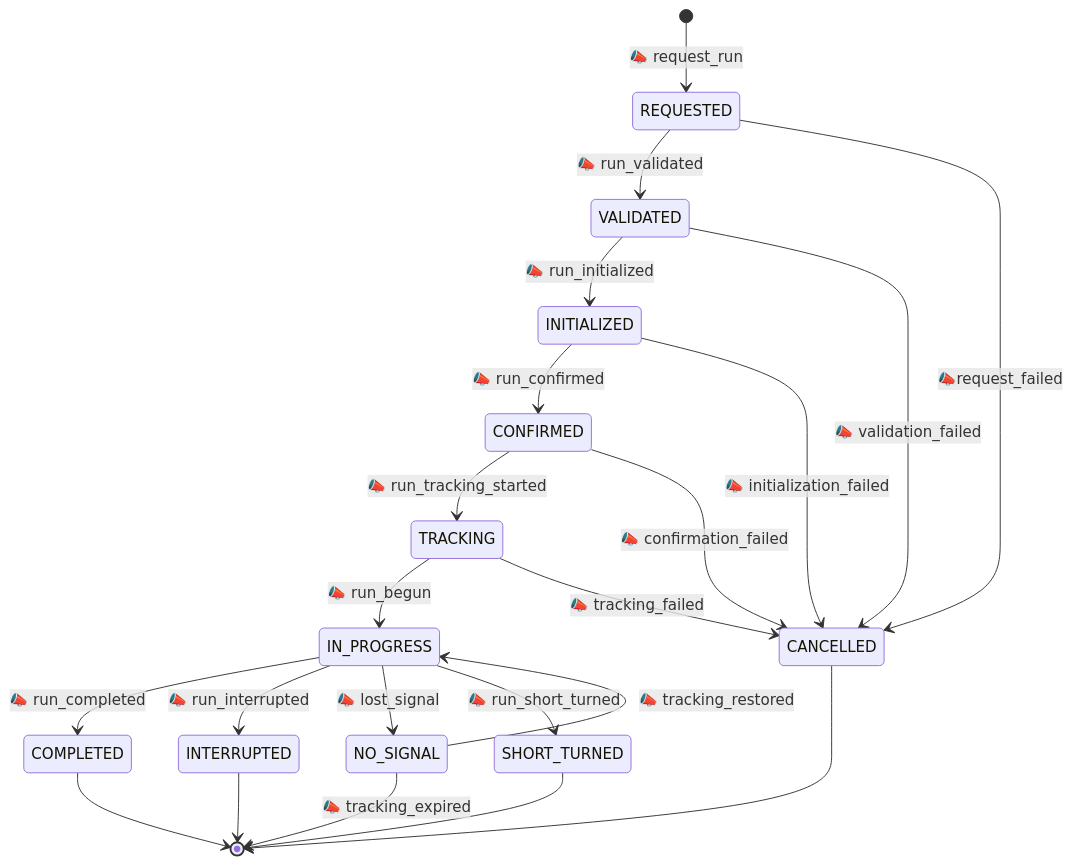
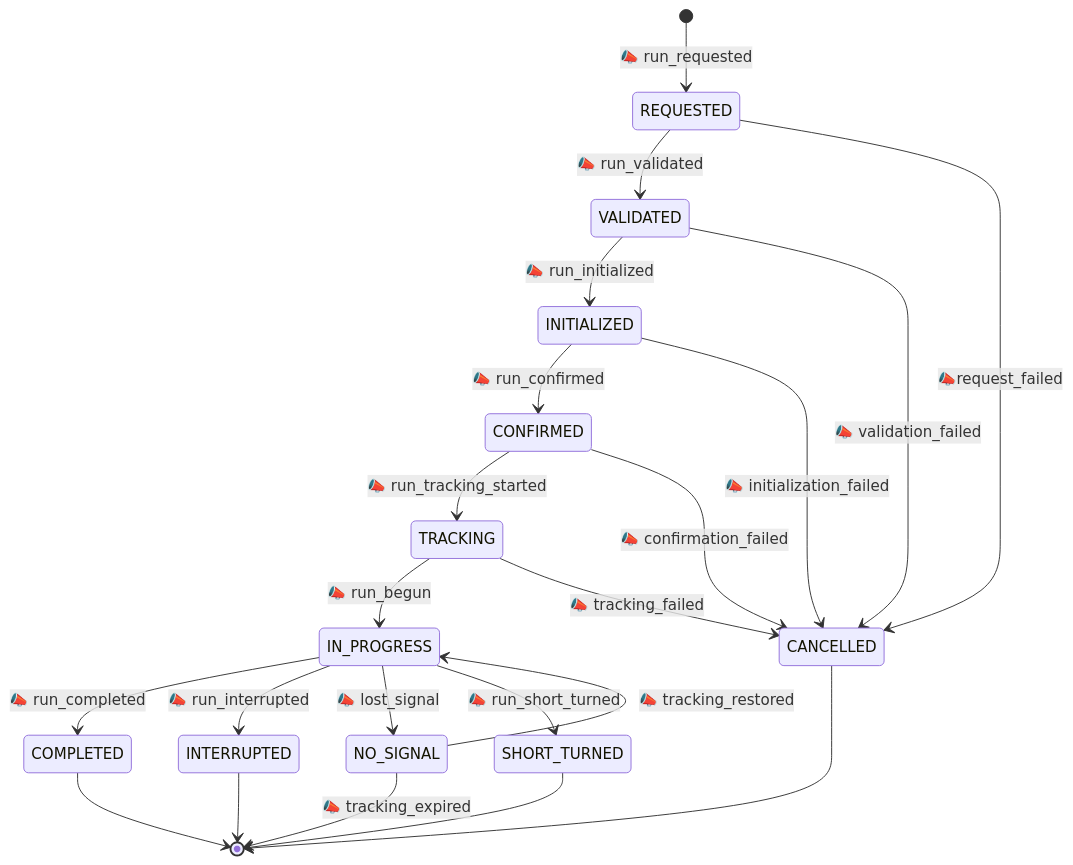
One commit to simovilab/databus changed the diagram in docs/content/processes/run-lifecycle.md. Above: the diagram before and after it, drawn with Mermaid. The commit also changed other lines of this file and 5 other files, not shown here.

````diff
--- a/docs/content/processes/run-lifecycle.md
+++ b/docs/content/processes/run-lifecycle.md
@@ -9,24 +9,24 @@
 ```mermaid
 stateDiagram-v2
-    [*] --> REQUESTED : 📣 request_run
+    [*] --> REQUESTED : 📣 run_requested
     REQUESTED --> VALIDATED : 📣 run_validated
     REQUESTED --> CANCELLED : 📣request_failed
     VALIDATED --> INITIALIZED : 📣 run_initialized
     VALIDATED --> CANCELLED : 📣 validation_failed
     INITIALIZED --> CONFIRMED : 📣 run_confirmed
     INITIALIZED --> CANCELLED : 📣 initialization_failed
     CONFIRMED --> TRACKING : 📣 run_tracking_started
     CONFIRMED --> CANCELLED : 📣 confirmation_failed
     TRACKING --> IN_PROGRESS : 📣 run_begun
     TRACKING --> CANCELLED : 📣 tracking_failed
     IN_PROGRESS --> COMPLETED : 📣 run_completed
     IN_PROGRESS --> INTERRUPTED : 📣 run_interrupted
     IN_PROGRESS --> NO_SIGNAL : 📣 lost_signal
     IN_PROGRESS --> SHORT_TURNED : 📣 run_short_turned
     NO_SIGNAL --> IN_PROGRESS : 📣 tracking_restored
     NO_SIGNAL --> [*] : 📣 tracking_expired
     COMPLETED --> [*]
     INTERRUPTED --> [*]
     CANCELLED --> [*]
     SHORT_TURNED --> [*]
 ```
````
